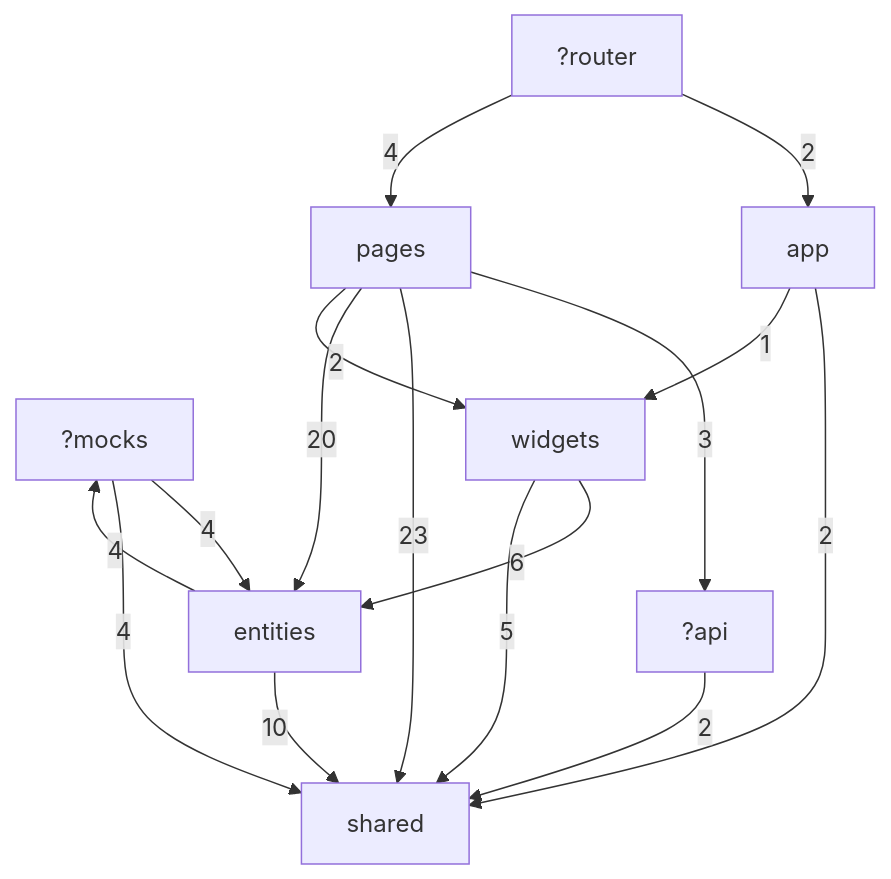
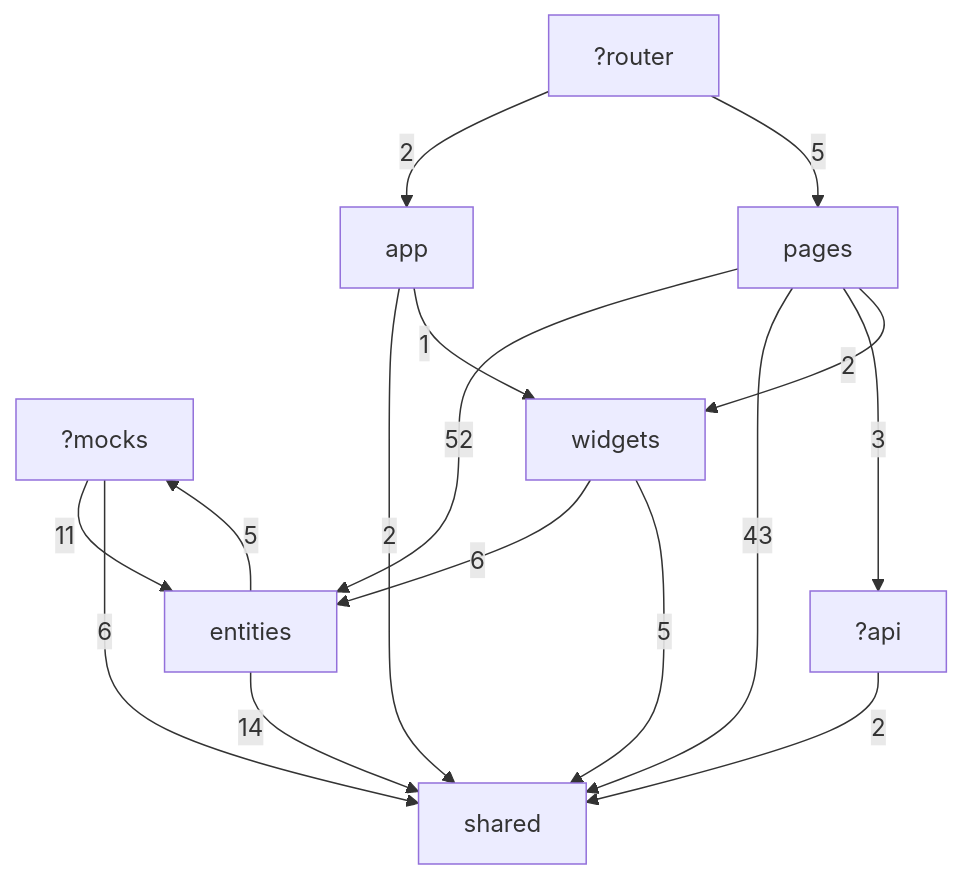
Before and after one commit to Rdnxla/home-cctv-web-viewer: the first of 2 diagrams in docs/ai/reports/generated/slices.md, drawn with Mermaid. The commit also changed other lines of this file and 66 other files, not shown here.

````diff
--- a/docs/ai/reports/generated/slices.md
+++ b/docs/ai/reports/generated/slices.md
@@ -61,18 +74,18 @@
 ```mermaid
 graph TD
   ?api -->|2| shared
-  ?mocks -->|4| entities
-  ?mocks -->|4| shared
+  ?mocks -->|11| entities
+  ?mocks -->|6| shared
   ?router -->|2| app
-  ?router -->|4| pages
+  ?router -->|5| pages
   app -->|2| shared
   app -->|1| widgets
-  entities -->|4| ?mocks
-  entities -->|10| shared
+  entities -->|14| shared
+  entities -->|5| ?mocks
+  pages -->|52| entities
+  pages -->|43| shared
   pages -->|3| ?api
-  pages -->|23| shared
-  pages -->|20| entities
   pages -->|2| widgets
   widgets -->|6| entities
   widgets -->|5| shared
 ```
````
